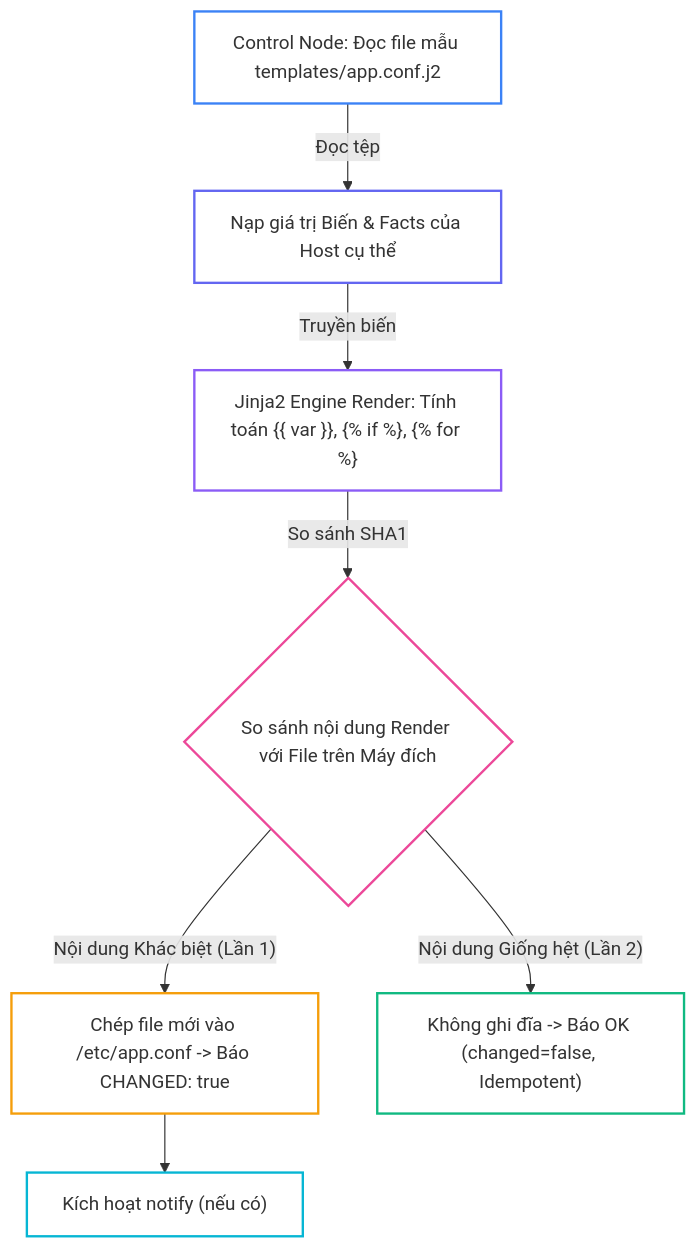
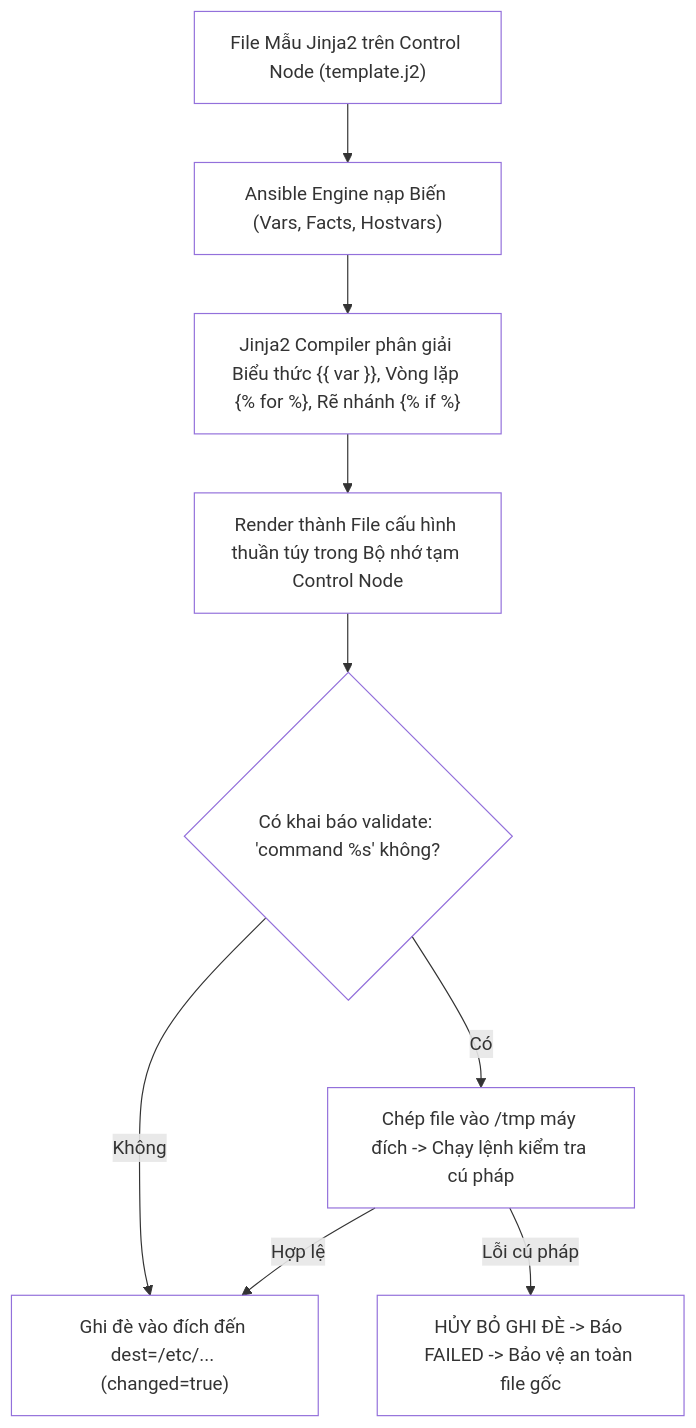
One commit to kiennt308/ntk changed the first of 3 diagrams in _posts/2026-09-13-ansible-12-12-templates-jinja2.md. Above: the diagram before and after it, drawn with Mermaid. The commit also changed other lines of this file and 30 other files, not shown here.

````diff
--- a/_posts/2026-09-13-ansible-12-12-templates-jinja2.md
+++ b/_posts/2026-09-13-ansible-12-12-templates-jinja2.md
@@ -82,19 +37,20 @@
 ```mermaid
 graph TD
-    A["Control Node: Đọc file mẫu templates/app.conf.j2"] -->|"Đọc tệp"| B["Nạp giá trị Biến & Facts của Host cụ thể"]
-    B -->|"Truyền biến"| C["Jinja2 Engine Render: Tính toán {{ var }}, {% if %}, {% for %}"]
-    C -->|"So sánh SHA1"| D{"So sánh nội dung Render với File trên Máy đích"}
-    
-    D -->|"Nội dung Khác biệt (Lần 1)"| E["Chép file mới vào /etc/app.conf -> Báo CHANGED: true"]
-    D -->|"Nội dung Giống hệt (Lần 2)"| F["Không ghi đĩa -> Báo OK (changed=false, Idempotent)"]
-    
-    E --> G["Kích hoạt notify (nếu có)"]
+    A["File Mẫu Jinja2 trên Control Node (template.j2)"] --> B["Ansible Engine nạp Biến (Vars, Facts, Hostvars)"]
+    B --> C["Jinja2 Compiler phân giải Biểu thức {{ var }}, Vòng lặp {% for %}, Rẽ nhánh {% if %}"]
+    C --> D["Render thành File cấu hình thuần túy trong Bộ nhớ tạm Control Node"]
+    D --> E{"Có khai báo validate: 'command %s' không?"}
+    E -->|Có| F["Chép file vào /tmp máy đích -> Chạy lệnh kiểm tra cú pháp"]
+    F -->|Hợp lệ| G["Ghi đè vào đích đến dest=/etc/... (changed=true)"]
+    F -->|Lỗi cú pháp| H["HỦY BỎ GHI ĐÈ -> Báo FAILED -> Bảo vệ an toàn file gốc"]
+    E -->|Không| G
 
-    style A fill:none,stroke:#3b82f6,stroke-width:2px
-    style B fill:none,stroke:#6366f1,stroke-width:2px
-    style C fill:none,stroke:#8b5cf6,stroke-width:2px
-    style D fill:none,stroke:#ec4899,stroke-width:2px
-    style E fill:none,stroke:#f59e0b,stroke-width:2px
-    style F fill:none,stroke:#10b981,stroke-width:2px
-    style G fill:none,stroke:#06b6d4,stroke-width:2px
+    style A fill:none
+    style B fill:none
+    style C fill:none
+    style D fill:none
+    style E fill:none
+    style F fill:none
+    style G fill:none
+    style H fill:none
 ```
````
